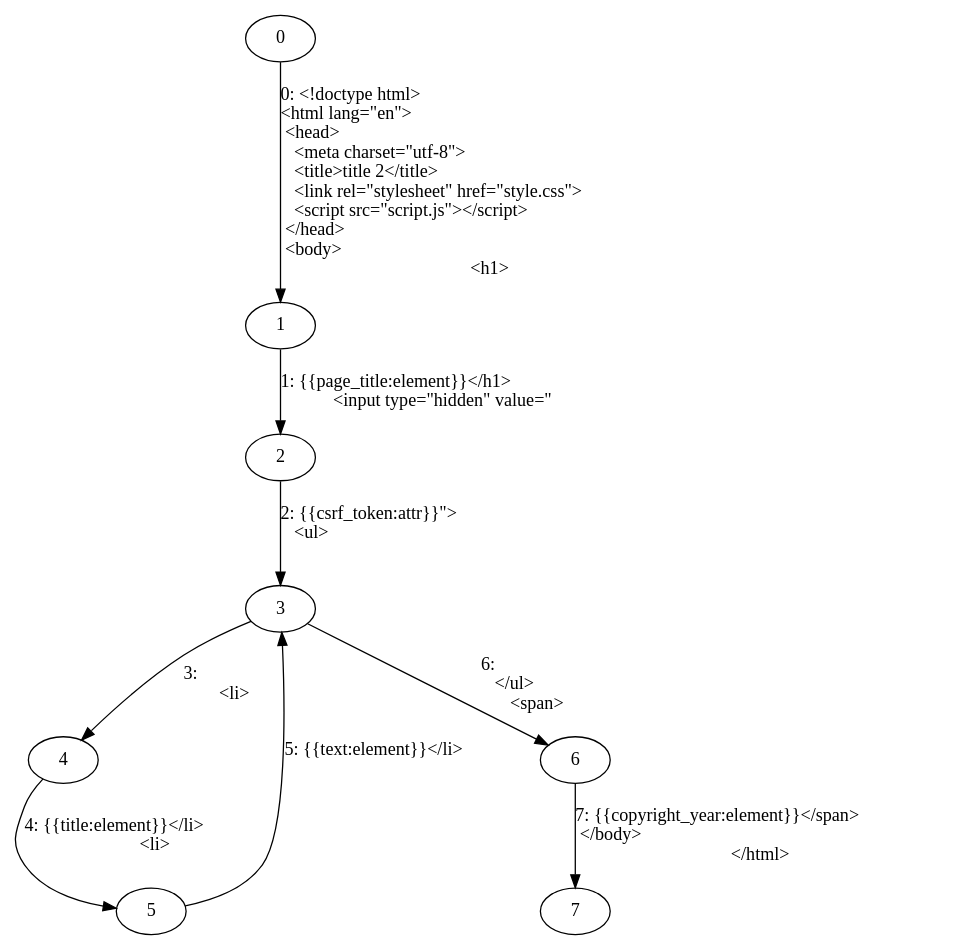
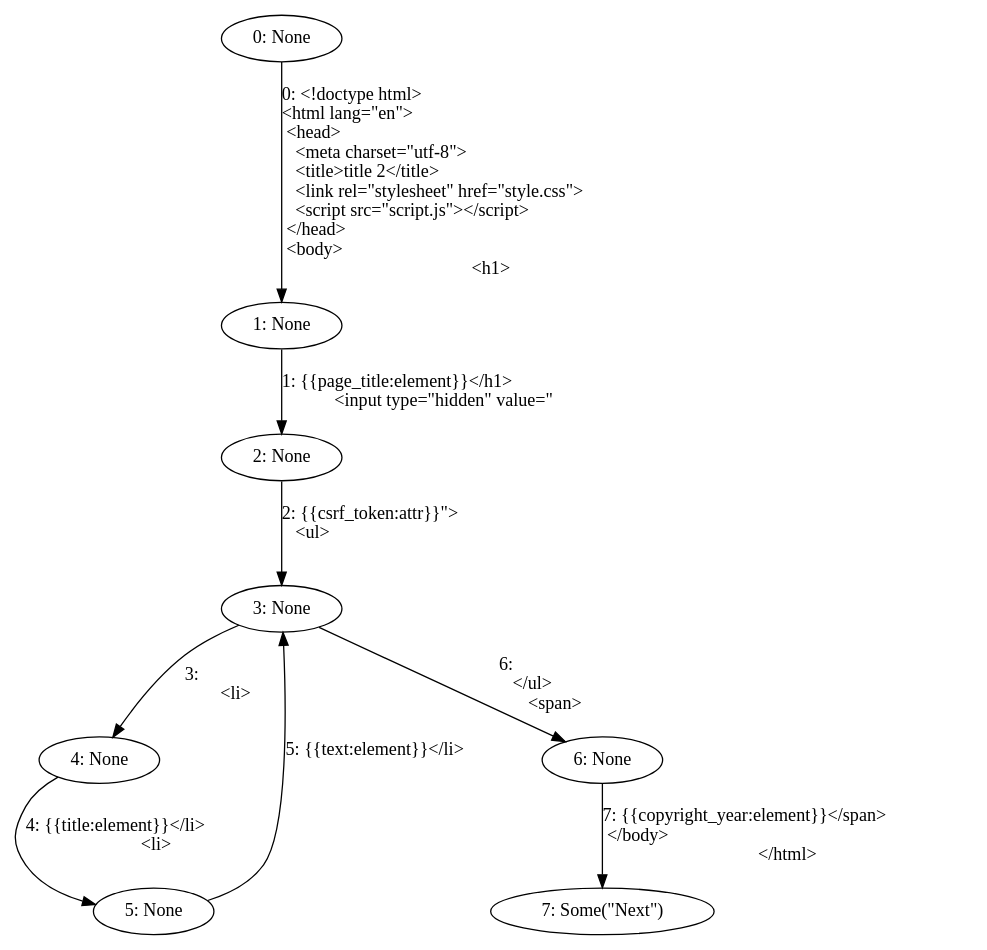
The diagram in test2.dot (mohe2015/zero-cost-templating), drawn with Graphviz before and after one commit. The commit also changed 3 other files, not shown here.

```diff
--- a/test2.dot
+++ b/test2.dot
@@ -1,18 +1,18 @@
 digraph {
-    0 [ label = "0" ]
-    1 [ label = "1" ]
-    2 [ label = "2" ]
-    3 [ label = "3" ]
-    4 [ label = "4" ]
-    5 [ label = "5" ]
-    6 [ label = "6" ]
-    7 [ label = "7" ]
+    0 [ label = "0: None" ]
+    1 [ label = "1: None" ]
+    2 [ label = "2: None" ]
+    3 [ label = "3: None" ]
+    4 [ label = "4: None" ]
+    5 [ label = "5: None" ]
+    6 [ label = "6: None" ]
+    7 [ label = "7: Some(\"Next\")" ]
     0 -> 1 [ label = "0: <!doctype html>\l<html lang=\"en\">\l  <head>\l    <meta charset=\"utf-8\">\l    <title>title 2</title>\l    <link rel=\"stylesheet\" href=\"style.css\">\l    <script src=\"script.js\"></script>\l  </head>\l  <body>\l    <h1>" ]
     1 -> 2 [ label = "1: {{page_title:element}}</h1>\l    <input type=\"hidden\" value=\"" ]
     2 -> 3 [ label = "2: {{csrf_token:attr}}\">\l    <ul>\l    " ]
     3 -> 4 [ label = "3: \l      <li>" ]
     4 -> 5 [ label = "4: {{title:element}}</li>\l      <li>" ]
     5 -> 3 [ label = "5: {{text:element}}</li>\l    " ]
     3 -> 6 [ label = "6: \l    </ul>\l    <span>" ]
     6 -> 7 [ label = "7: {{copyright_year:element}}</span>\l  </body>\l</html>" ]
 }
```
